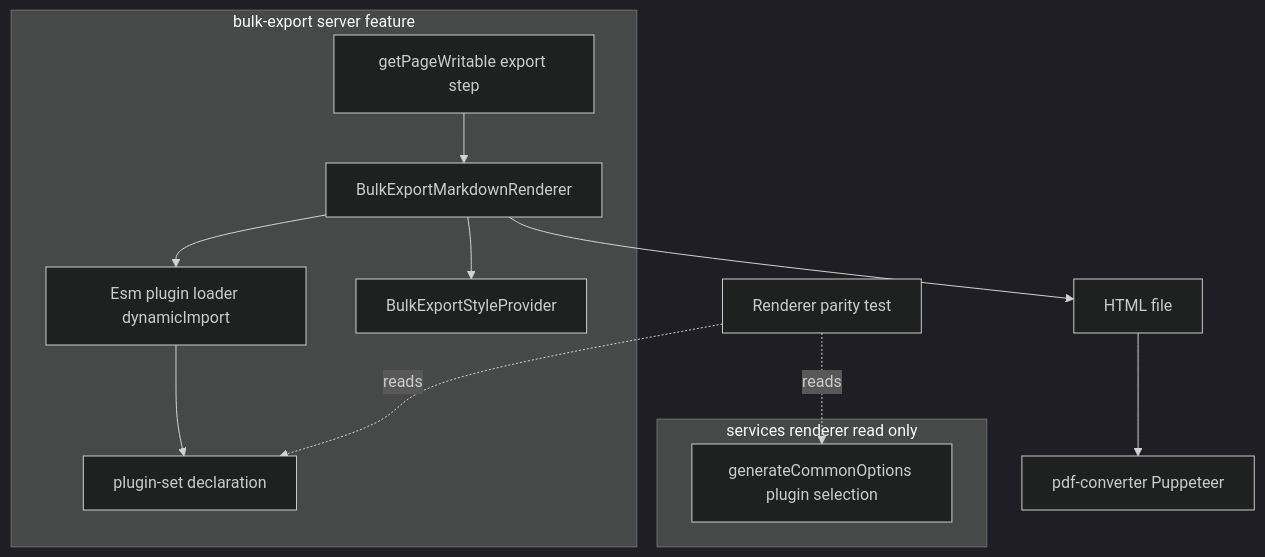
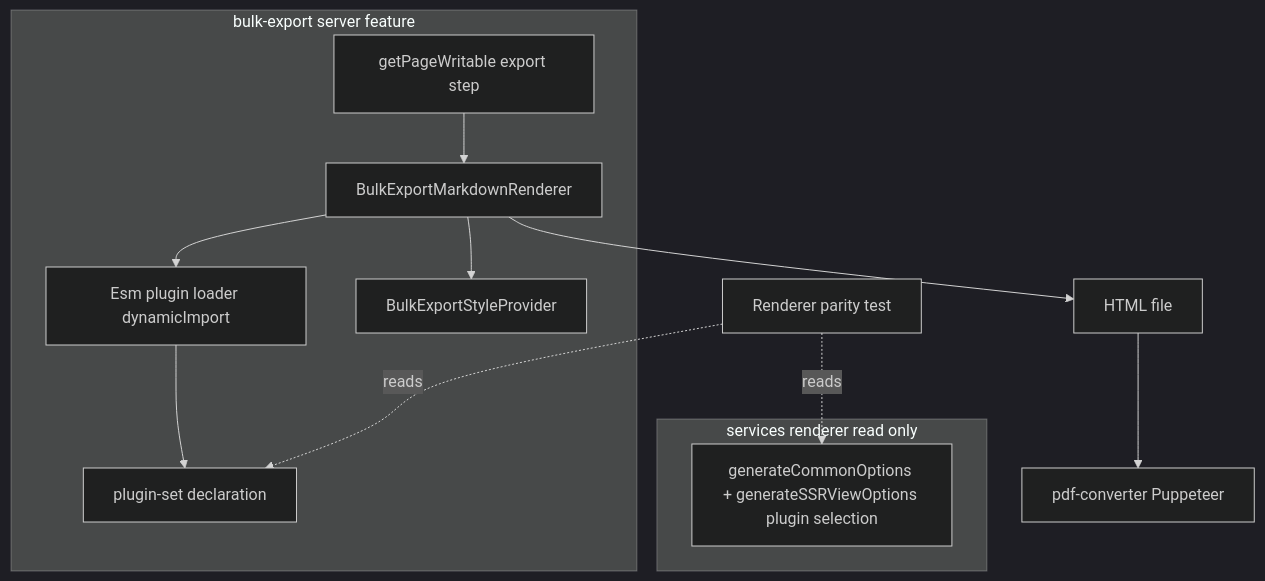
One commit to growilabs/growi changed the first of 2 diagrams in .kiro/specs/bulk-export-pdf-rendering/design.md. Above: the diagram before and after it, drawn with Mermaid (dark theme). The commit also changed other lines of this file and 1 other file, not shown here.

````diff
--- a/.kiro/specs/bulk-export-pdf-rendering/design.md
+++ b/.kiro/specs/bulk-export-pdf-rendering/design.md
@@ -79,23 +81,23 @@
 ```mermaid
 graph TB
   subgraph bulkExport[bulk-export server feature]
     Writable[getPageWritable export step]
     Renderer[BulkExportMarkdownRenderer]
     Loader[Esm plugin loader dynamicImport]
     Styles[BulkExportStyleProvider]
     PluginSet[plugin-set declaration]
   end
   subgraph webRenderer[services renderer read only]
-    Common[generateCommonOptions plugin selection]
+    Common[generateCommonOptions + generateSSRViewOptions plugin selection]
   end
   ParityTest[Renderer parity test]
 
   Writable --> Renderer
   Renderer --> Loader
   Renderer --> Styles
   Loader --> PluginSet
   Renderer --> HtmlFile[HTML file]
   HtmlFile --> PdfConverter[pdf-converter Puppeteer]
   ParityTest -. reads .-> Common
   ParityTest -. reads .-> PluginSet
 ```
````
